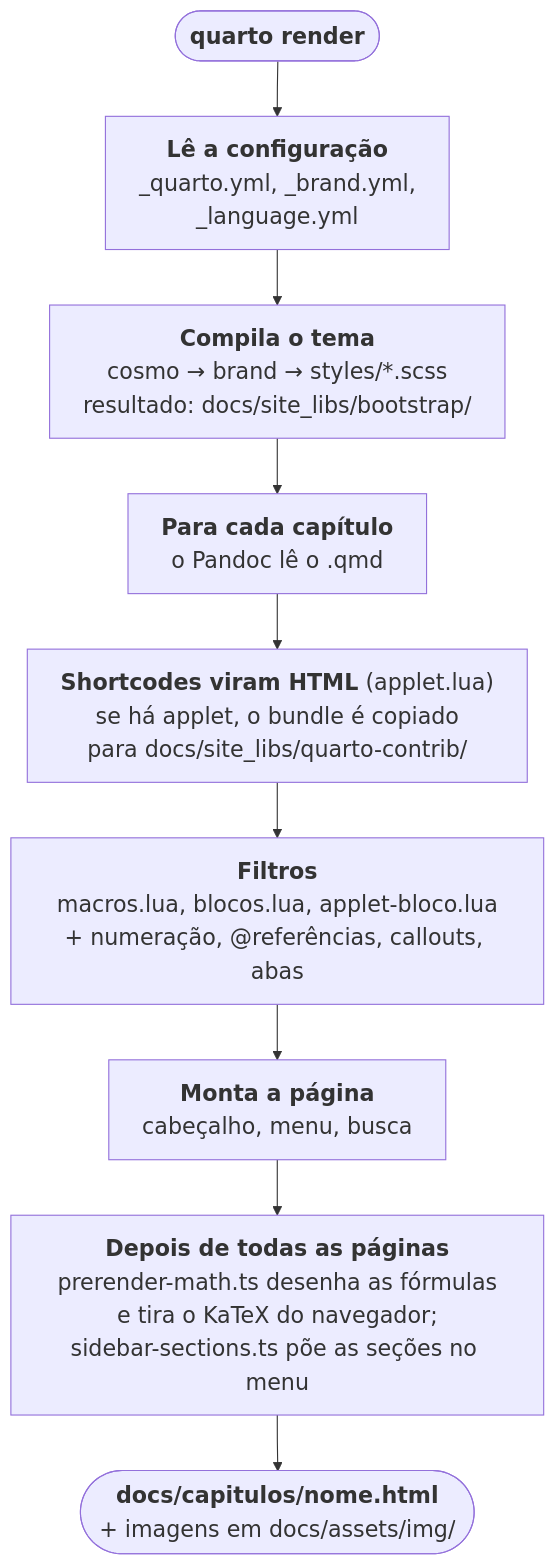
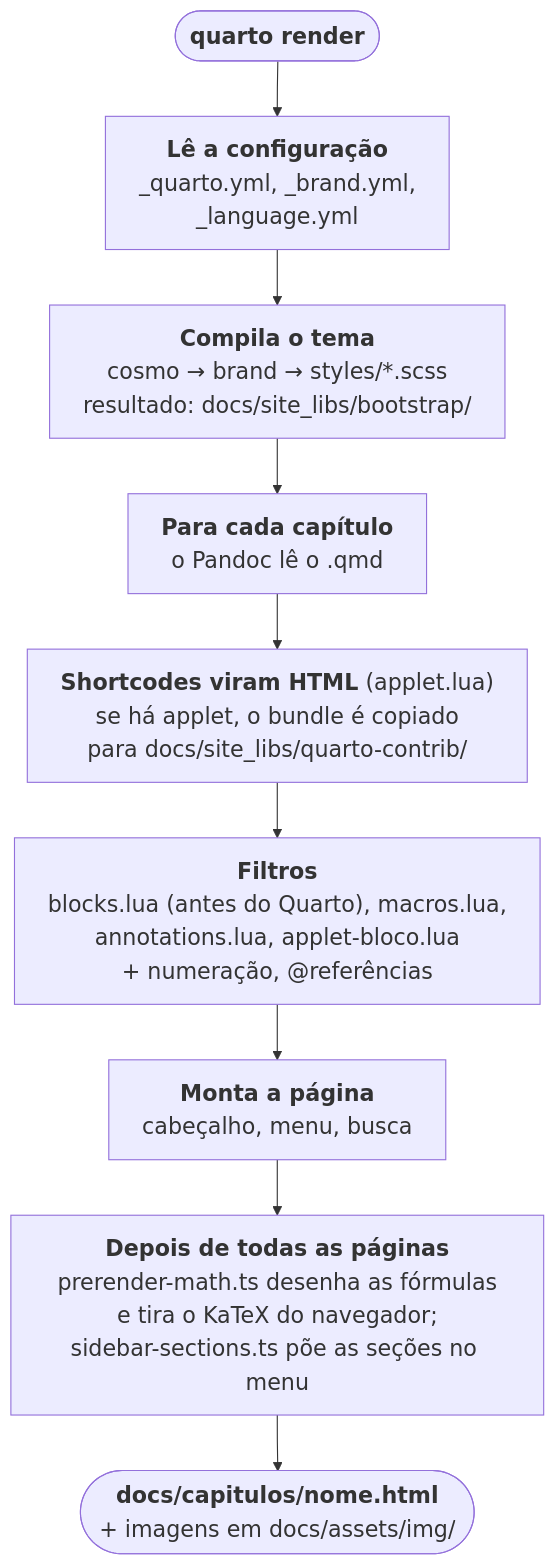
One commit to lcmerlo/livro-online-fcg changed the sixth of 9 diagrams in _interno/diretrizes/arquitetura.md. Above: the diagram before and after it, drawn with Mermaid. The commit also changed other lines of this file and 7 other files, not shown here.

````diff
--- a/_interno/diretrizes/arquitetura.md
+++ b/_interno/diretrizes/arquitetura.md
@@ -395,15 +402,15 @@
 ```mermaid
 %%{init: {"themeVariables": {"fontSize": "20px"}, "flowchart": {"wrappingWidth": 420}}}%%
 flowchart TD
     start(["<b>quarto render</b>"])
     cfg["<b>Lê a configuração</b><br/>_quarto.yml, _brand.yml,<br/>_language.yml"]
     theme["<b>Compila o tema</b><br/>cosmo → brand → styles/*.scss<br/>resultado: docs/site_libs/bootstrap/"]
     parse["<b>Para cada capítulo</b><br/>o Pandoc lê o .qmd"]
     sc["<b>Shortcodes viram HTML</b> (applet.lua)<br/>se há applet, o bundle é copiado<br/>para docs/site_libs/quarto-contrib/"]
-    flt["<b>Filtros</b><br/>macros.lua, blocos.lua, applet-bloco.lua<br/>+ numeração, @referências, callouts, abas"]
+    flt["<b>Filtros</b><br/>blocks.lua (antes do Quarto), macros.lua,<br/>annotations.lua, applet-bloco.lua<br/>+ numeração, @referências"]
     html["<b>Monta a página</b><br/>cabeçalho, menu, busca"]
     pre["<b>Depois de todas as páginas</b><br/>prerender-math.ts desenha as fórmulas<br/>e tira o KaTeX do navegador;<br/>sidebar-sections.ts põe as seções no menu"]
     out(["<b>docs/capitulos/nome.html</b><br/>+ imagens em docs/assets/img/"])
 
     start --> cfg --> theme --> parse --> sc --> flt --> html --> pre --> out
 ```
````
